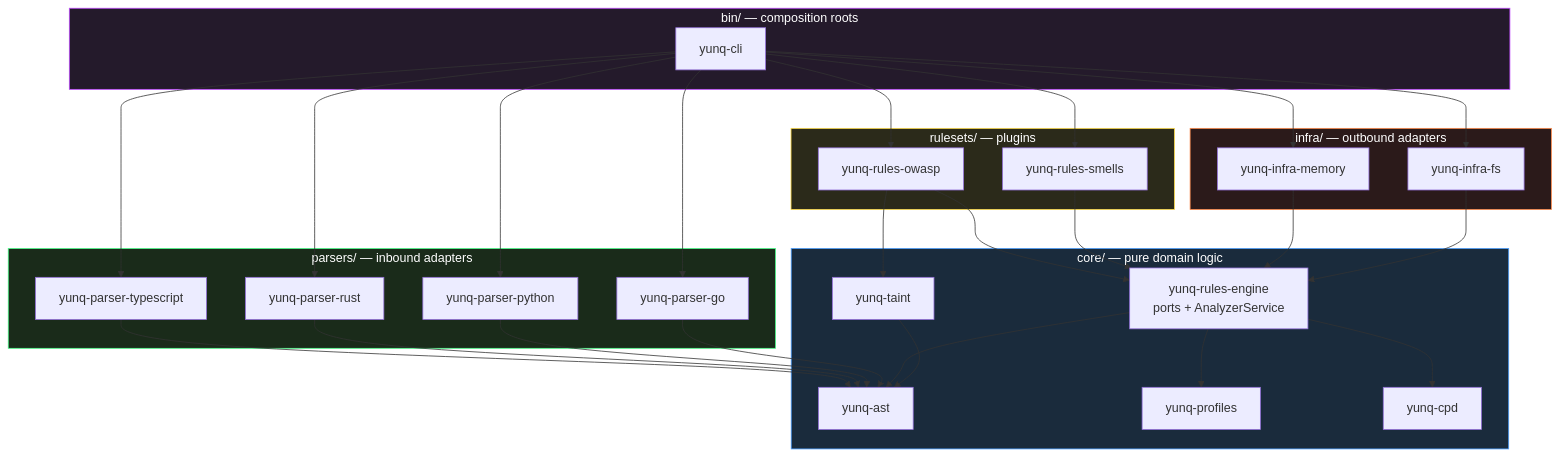
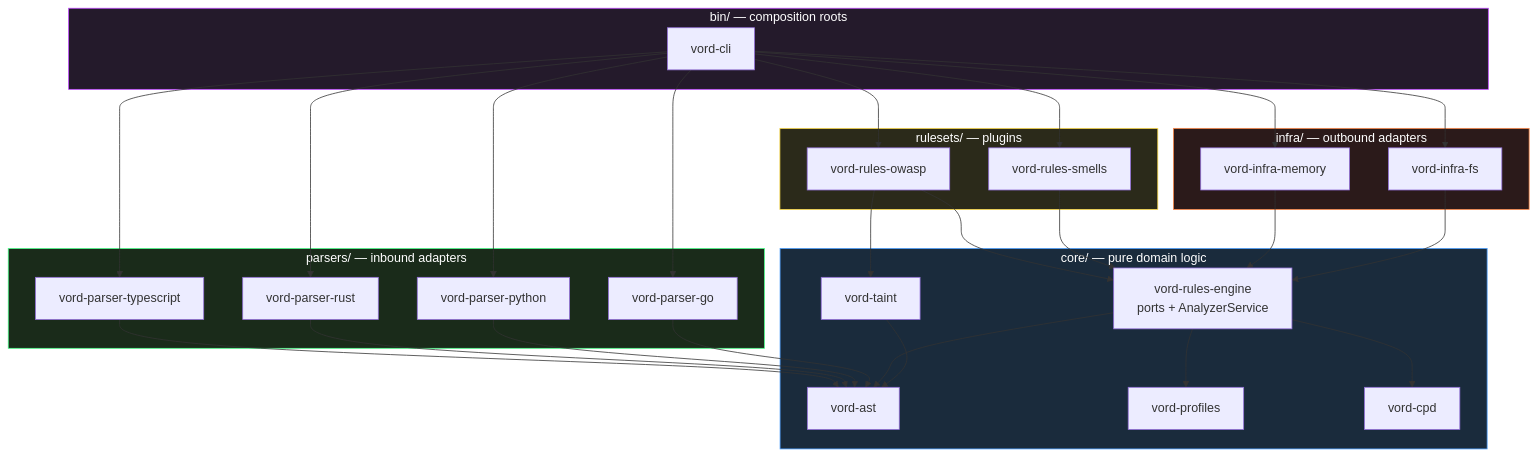
Before and after one commit to pmaojo/vord: the diagram in README.md, drawn with Mermaid. The commit also changed other lines of this file and 557 other files, not shown here.

````diff
--- a/README.md
+++ b/README.md
@@ -120,54 +120,54 @@
 ```mermaid
 graph TD
     subgraph bin["bin/ — composition roots"]
-        CLI[yunq-cli]
+        CLI[vord-cli]
     end
     subgraph parsers["parsers/ — inbound adapters"]
-        PTS[yunq-parser-typescript]
-        PRS[yunq-parser-rust]
-        PPY[yunq-parser-python]
-        PGO[yunq-parser-go]
+        PTS[vord-parser-typescript]
+        PRS[vord-parser-rust]
+        PPY[vord-parser-python]
+        PGO[vord-parser-go]
     end
     subgraph rulesets["rulesets/ — plugins"]
-        ROW[yunq-rules-owasp]
-        RSM[yunq-rules-smells]
+        ROW[vord-rules-owasp]
+        RSM[vord-rules-smells]
     end
     subgraph infra["infra/ — outbound adapters"]
-        IMEM[yunq-infra-memory]
-        IFS[yunq-infra-fs]
+        IMEM[vord-infra-memory]
+        IFS[vord-infra-fs]
     end
     subgraph core["core/ — pure domain logic"]
-        AST[yunq-ast]
-        PROF[yunq-profiles]
-        ENGINE[yunq-rules-engine<br/>ports + AnalyzerService]
-        TAINT[yunq-taint]
-        CPD[yunq-cpd]
+        AST[vord-ast]
+        PROF[vord-profiles]
+        ENGINE[vord-rules-engine<br/>ports + AnalyzerService]
+        TAINT[vord-taint]
+        CPD[vord-cpd]
     end
     CLI --> PTS
     CLI --> PRS
     CLI --> PPY
     CLI --> PGO
     CLI --> ROW
     CLI --> RSM
     CLI --> IMEM
     CLI --> IFS
     PTS --> AST
     PRS --> AST
     PPY --> AST
     PGO --> AST
     ROW --> ENGINE
     ROW --> TAINT
     RSM --> ENGINE
     IMEM --> ENGINE
     IFS --> ENGINE
     ENGINE --> AST
     ENGINE --> PROF
     ENGINE --> CPD
     TAINT --> AST
 
     style core fill:#1a2b3c,stroke:#4a9eff,color:#fff
     style infra fill:#2b1a1a,stroke:#ff8a4a,color:#fff
     style parsers fill:#1a2b1a,stroke:#4aff8a,color:#fff
     style rulesets fill:#2b2a1a,stroke:#ffdd4a,color:#fff
     style bin fill:#241a2b,stroke:#c04aff,color:#fff
 ```
````
